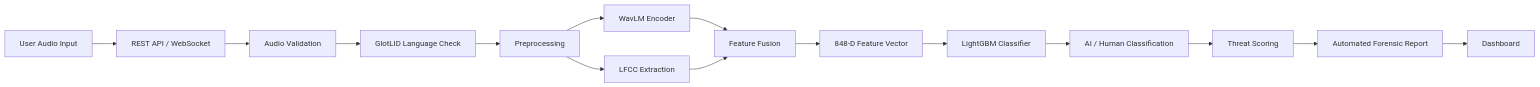
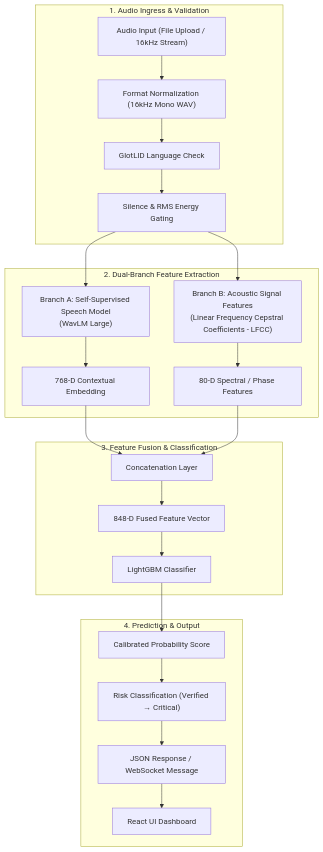
Before and after one commit to venkatasriramt-spec/AI-Voice-Forensics: the first of 2 diagrams in README.md, drawn with Mermaid. The commit also changed other lines of this file and 1 other file, not shown here.

````diff
--- a/README.md
+++ b/README.md
@@ -81,17 +182,29 @@
 ```mermaid
-flowchart LR
-    A[User Audio Input] --> B[REST API / WebSocket]
-    B --> C[Audio Validation]
-    C --> D[GlotLID Language Check]
-    D --> E[Preprocessing]
-    E --> F[WavLM Encoder]
-    E --> G[LFCC Extraction]
-    F --> H[Feature Fusion]
-    G --> H
-    H --> I[848-D Feature Vector]
-    I --> J[LightGBM Classifier]
-    J --> K[AI / Human Classification]
-    K --> L[Threat Scoring]
-    L --> M[Automated Forensic Report]
-    M --> N[Dashboard]
+flowchart TD
+    subgraph INGRESS["1. Audio Ingress & Validation"]
+        A["Audio Input (File Upload / 16kHz Stream)"] --> B["Format Normalization (16kHz Mono WAV)"]
+        B --> C["GlotLID Language Check"]
+        C --> D["Silence & RMS Energy Gating"]
+    end
+
+    subgraph DUAL_BRANCH["2. Dual-Branch Feature Extraction"]
+        D --> E["Branch A: Self-Supervised Speech Model<br/>(WavLM Large)"]
+        D --> F["Branch B: Acoustic Signal Features<br/>(Linear Frequency Cepstral Coefficients - LFCC)"]
+        E --> G["768-D Contextual Embedding"]
+        F --> H["80-D Spectral / Phase Features"]
+    end
+
+    subgraph FUSION["3. Feature Fusion & Classification"]
+        G --> I["Concatenation Layer"]
+        H --> I
+        I --> J["848-D Fused Feature Vector"]
+        J --> K["LightGBM Classifier"]
+    end
+
+    subgraph OUTPUT["4. Prediction & Output"]
+        K --> L["Calibrated Probability Score"]
+        L --> M["Risk Classification (Verified → Critical)"]
+        M --> N["JSON Response / WebSocket Message"]
+        N --> O["React UI Dashboard"]
+    end
 ```
````
